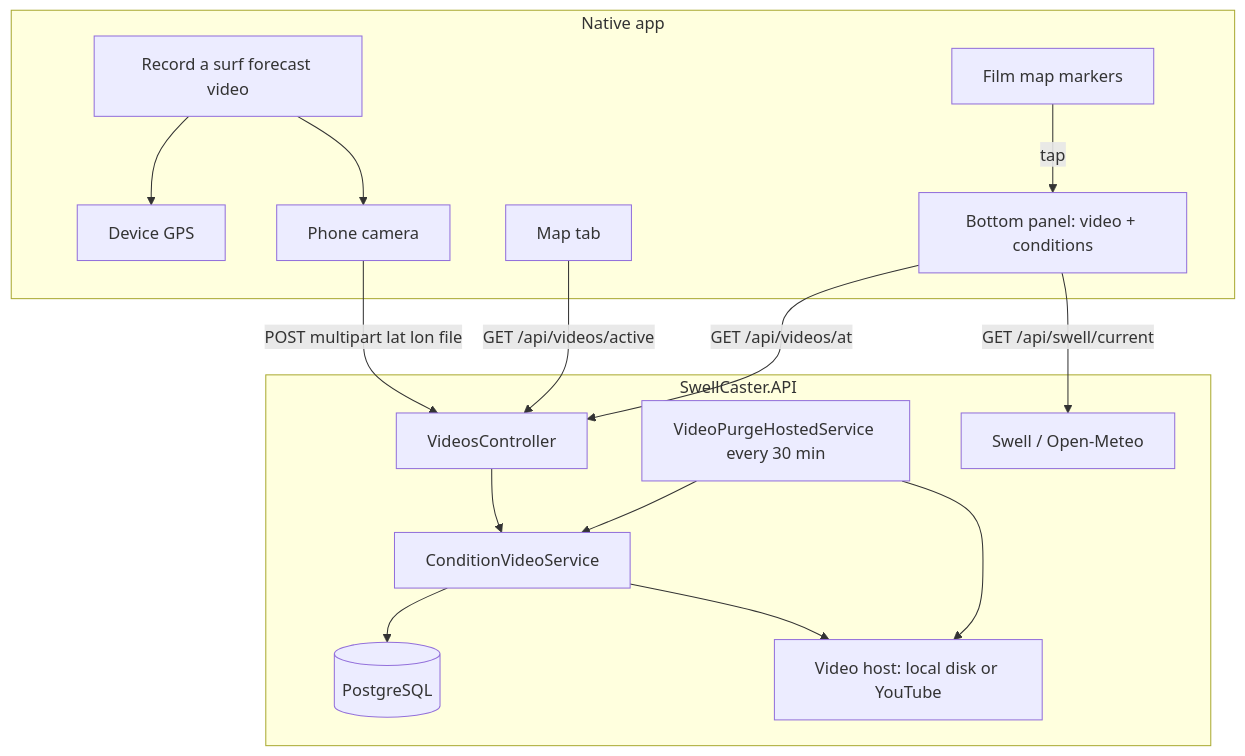
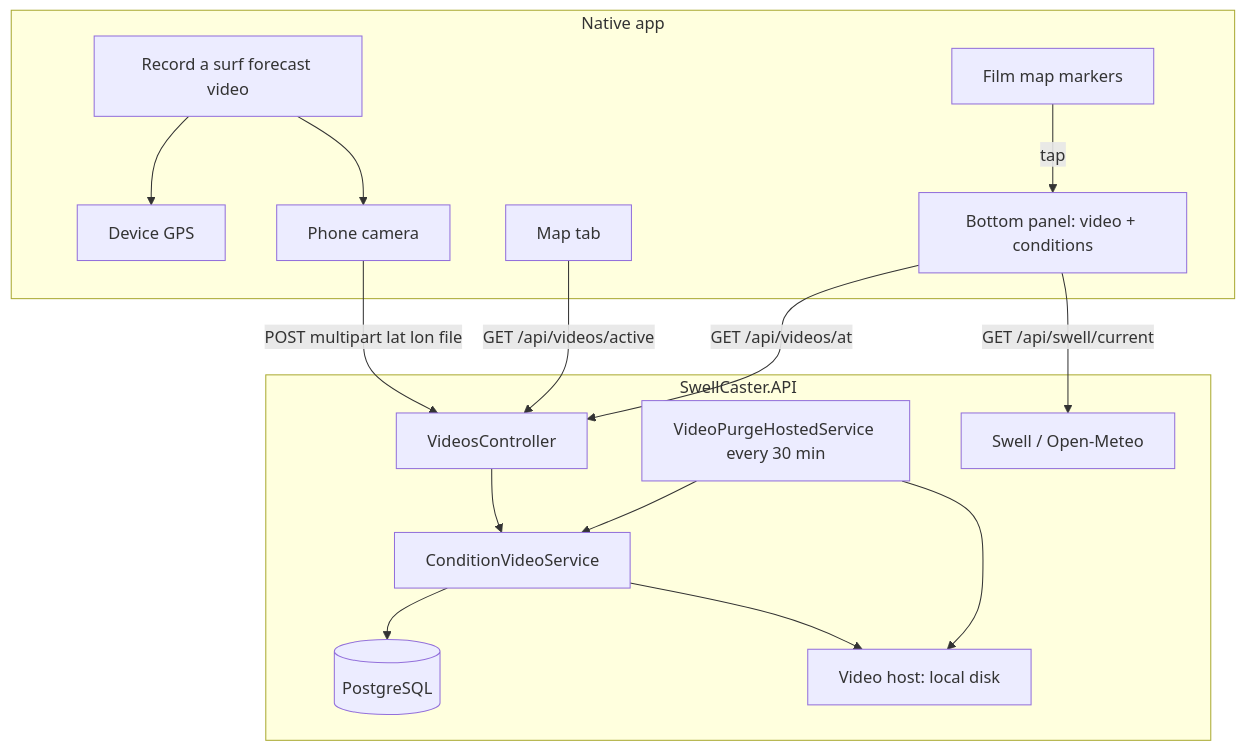
The diagram in docs/SURF_FORECAST_VIDEOS.md (JesseTDev/swellcaster.native), drawn with Mermaid before and after one commit. The commit also changed other lines of this file and 40 other files, not shown here.

````diff
--- a/docs/SURF_FORECAST_VIDEOS.md
+++ b/docs/SURF_FORECAST_VIDEOS.md
@@ -53,35 +53,35 @@
 ```mermaid
 flowchart TB
   subgraph phone [Native app]
     GPS[Device GPS]
     Cam[Phone camera]
     Map[Map tab]
     Rec[Record a surf forecast video]
     Film[Film map markers]
     Panel[Bottom panel: video + conditions]
   end
 
   subgraph api [SwellCaster.API]
     VC[VideosController]
     CVS[ConditionVideoService]
     DB[(PostgreSQL)]
-    Host[Video host: local disk or YouTube]
+    Host[Video host: local disk]
     Purge[VideoPurgeHostedService every 30 min]
     Swell[Swell / Open-Meteo]
   end
 
   Rec --> GPS
   Rec --> Cam
   Cam -->|POST multipart lat lon file| VC
   VC --> CVS
   CVS --> DB
   CVS --> Host
 
   Map -->|GET /api/videos/active| VC
   Film -->|tap| Panel
   Panel -->|GET /api/videos/at| VC
   Panel -->|GET /api/swell/current| Swell
 
   Purge --> CVS
   Purge --> Host
 ```
````
